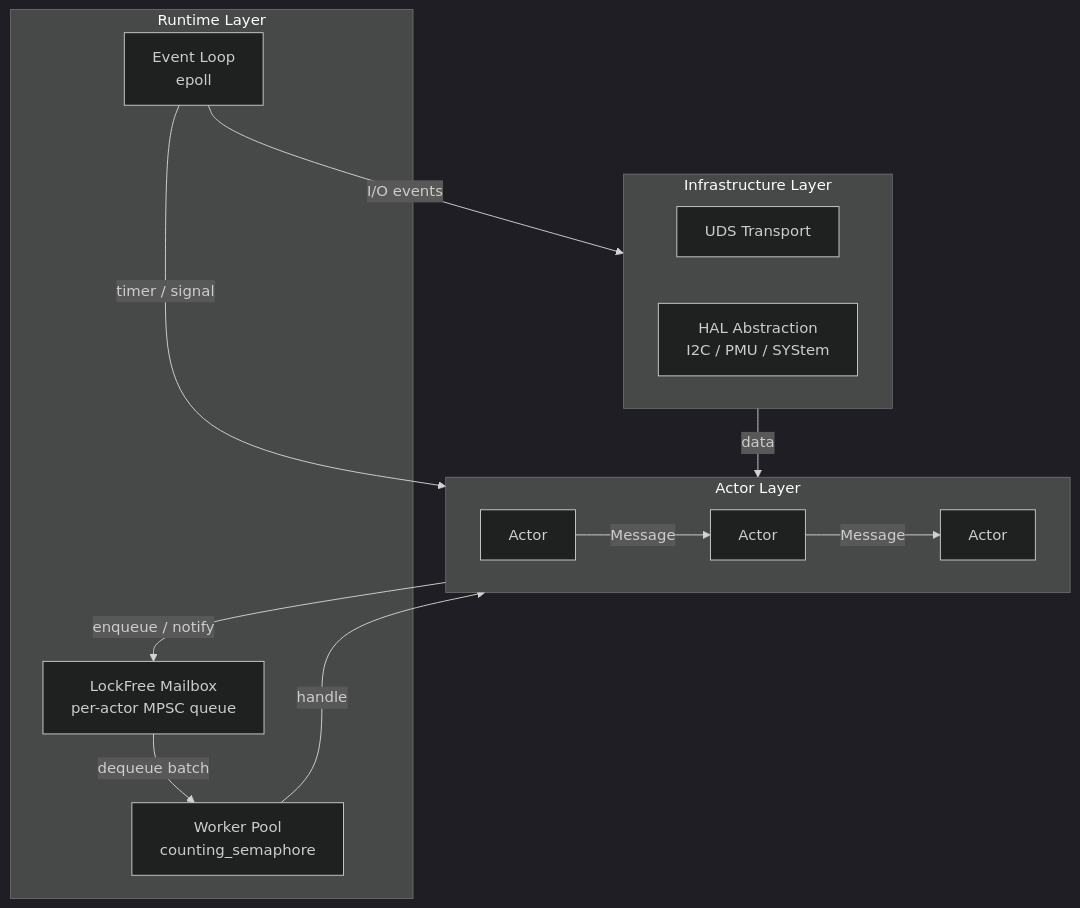
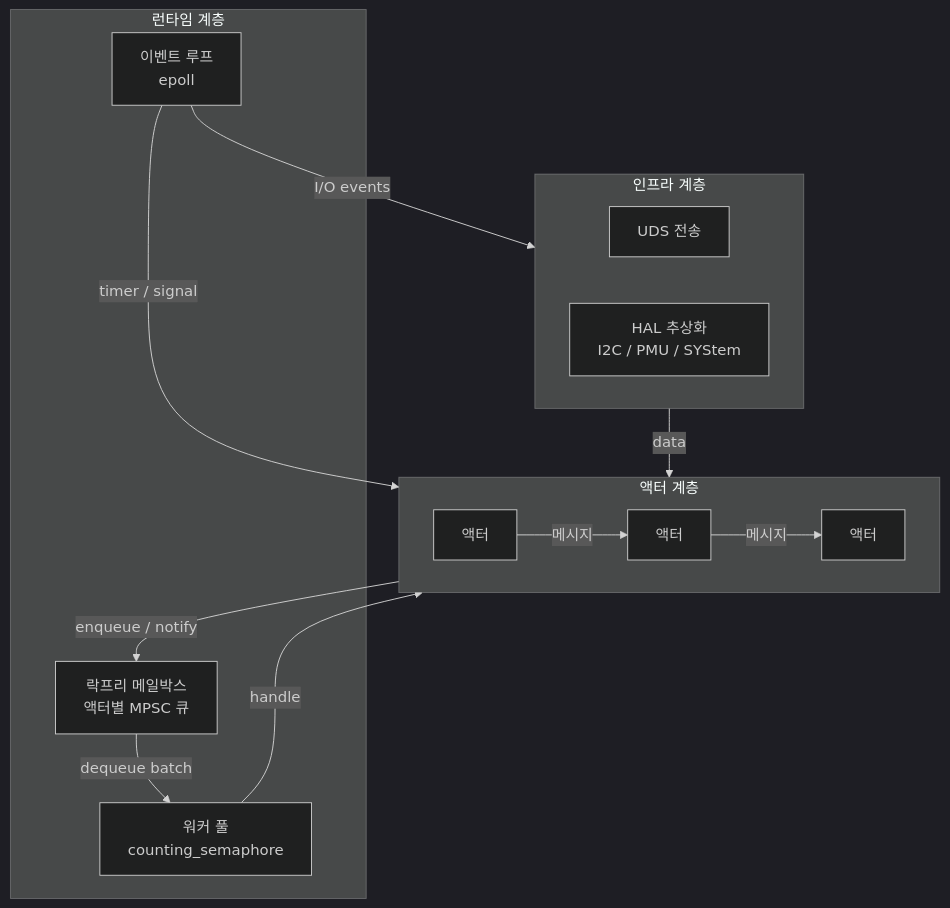
One commit to shoenkh15324/V2-Engine changed the first of 9 diagrams in README.md. Above: the diagram before and after it, drawn with Mermaid (dark theme). The commit also changed other lines of this file and 5 other files, not shown here.

````diff
--- a/README.md
+++ b/README.md
@@ -82,26 +82,26 @@
 ```mermaid
 flowchart TB
-    subgraph AL["Actor Layer"]
+    subgraph AL["액터 계층"]
         direction LR
-        A1[Actor] -->|Message| A2[Actor]
-        A2 -->|Message| A3[Actor]
+        A1[액터] -->|메시지| A2[액터]
+        A2 -->|메시지| A3[액터]
     end
 
-    subgraph RL["Runtime Layer"]
-        Mailbox[LockFree Mailbox<br/>per-actor MPSC queue]
-        Worker[Worker Pool<br/>counting_semaphore]
-        EL[Event Loop<br/>epoll]
+    subgraph RL["런타임 계층"]
+        Mailbox[락프리 메일박스<br/>액터별 MPSC 큐]
+        Worker[워커 풀<br/>counting_semaphore]
+        EL[이벤트 루프<br/>epoll]
     end
 
-    subgraph IL["Infrastructure Layer"]
-        UDS[UDS Transport]
-        HAL[HAL Abstraction<br/>I2C / PMU / SYStem]
+    subgraph IL["인프라 계층"]
+        UDS[UDS 전송]
+        HAL[HAL 추상화<br/>I2C / PMU / SYStem]
     end
 
     AL -->|enqueue / notify| Mailbox
     Mailbox -->|dequeue batch| Worker
     Worker -->|handle| AL
     EL -->|I/O events| IL
     EL -->|timer / signal| AL
     IL -->|data| AL
 ```
````
